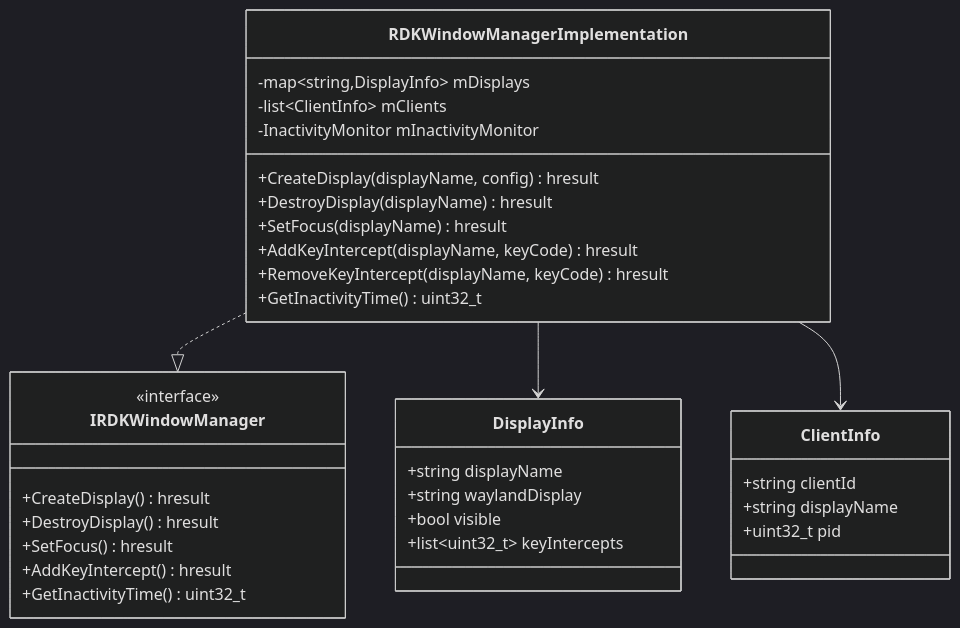
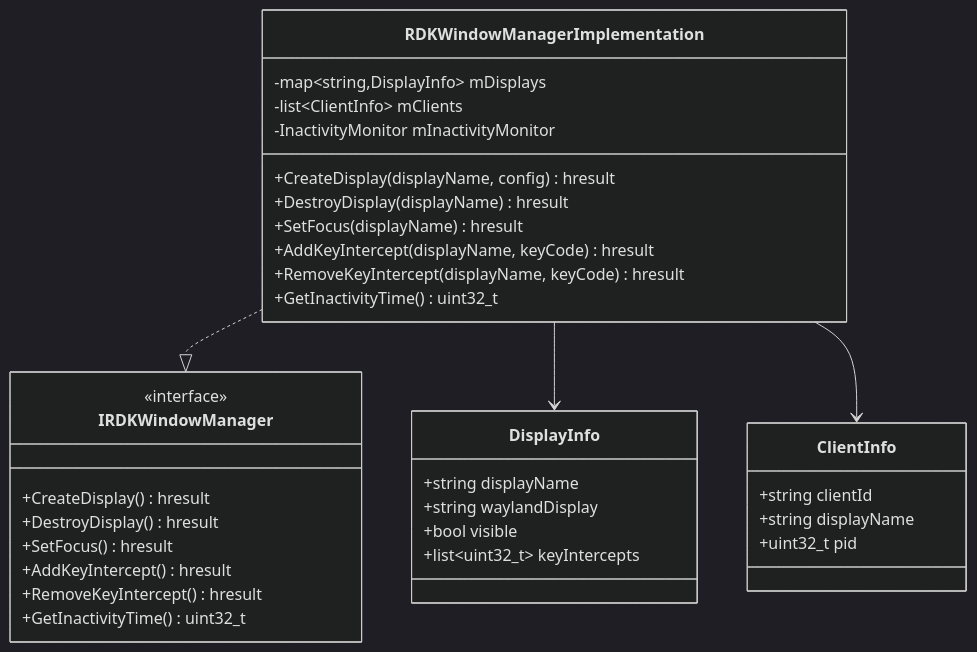
The second of 4 diagrams in RDKWindowManager/RDKWindowManager.md (rdkcentral/entservices-appmanagers), drawn with Mermaid (dark theme) before and after one commit.

Commit message:
Potential fix for pull request finding

````diff
--- a/RDKWindowManager/RDKWindowManager.md
+++ b/RDKWindowManager/RDKWindowManager.md
@@ -60,40 +60,41 @@
 ```mermaid
 classDiagram
     class RDKWindowManagerImplementation {
         -map~string,DisplayInfo~ mDisplays
         -list~ClientInfo~ mClients
         -InactivityMonitor mInactivityMonitor
         +CreateDisplay(displayName, config) hresult
         +DestroyDisplay(displayName) hresult
         +SetFocus(displayName) hresult
         +AddKeyIntercept(displayName, keyCode) hresult
         +RemoveKeyIntercept(displayName, keyCode) hresult
         +GetInactivityTime() uint32_t
     }
 
     class DisplayInfo {
         +string displayName
         +string waylandDisplay
         +bool visible
         +list~uint32_t~ keyIntercepts
     }
 
     class ClientInfo {
         +string clientId
         +string displayName
         +uint32_t pid
     }
 
     class IRDKWindowManager {
         <<interface>>
         +CreateDisplay() hresult
         +DestroyDisplay() hresult
         +SetFocus() hresult
         +AddKeyIntercept() hresult
+        +RemoveKeyIntercept() hresult
         +GetInactivityTime() uint32_t
     }
 
     RDKWindowManagerImplementation ..|> IRDKWindowManager
     RDKWindowManagerImplementation --> DisplayInfo
     RDKWindowManagerImplementation --> ClientInfo
 ```
````
